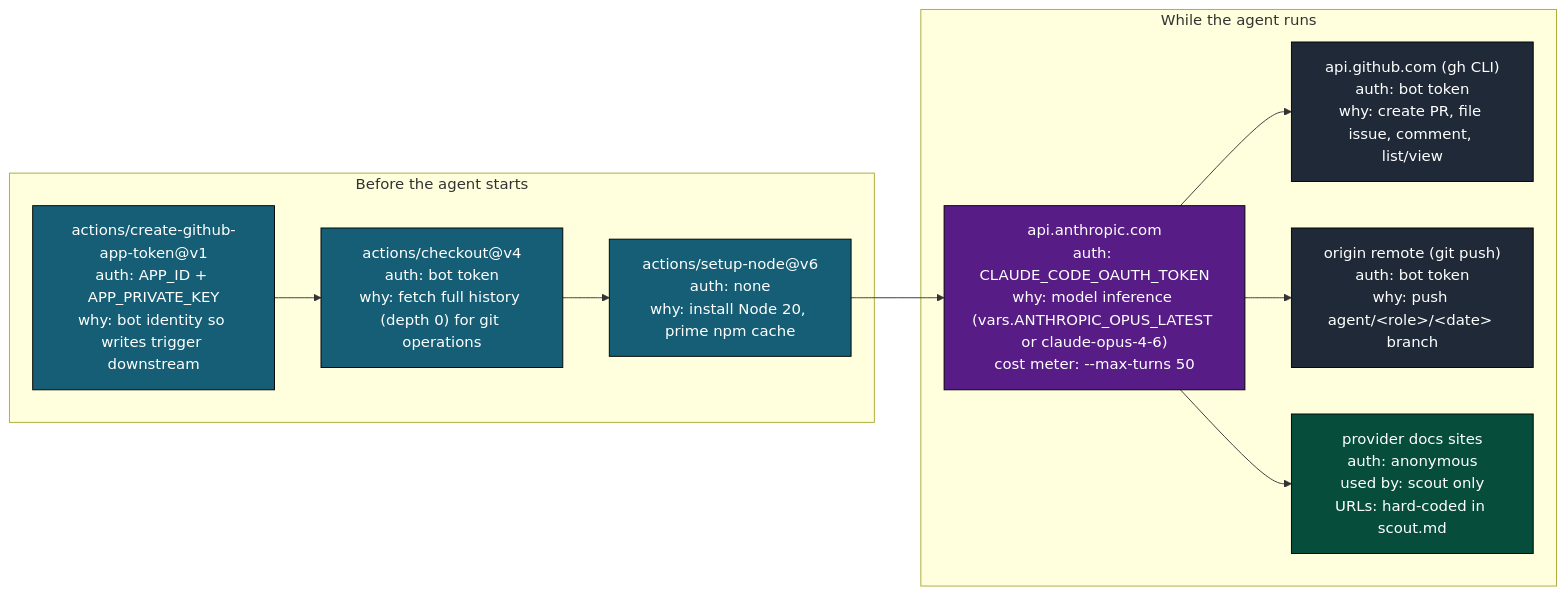
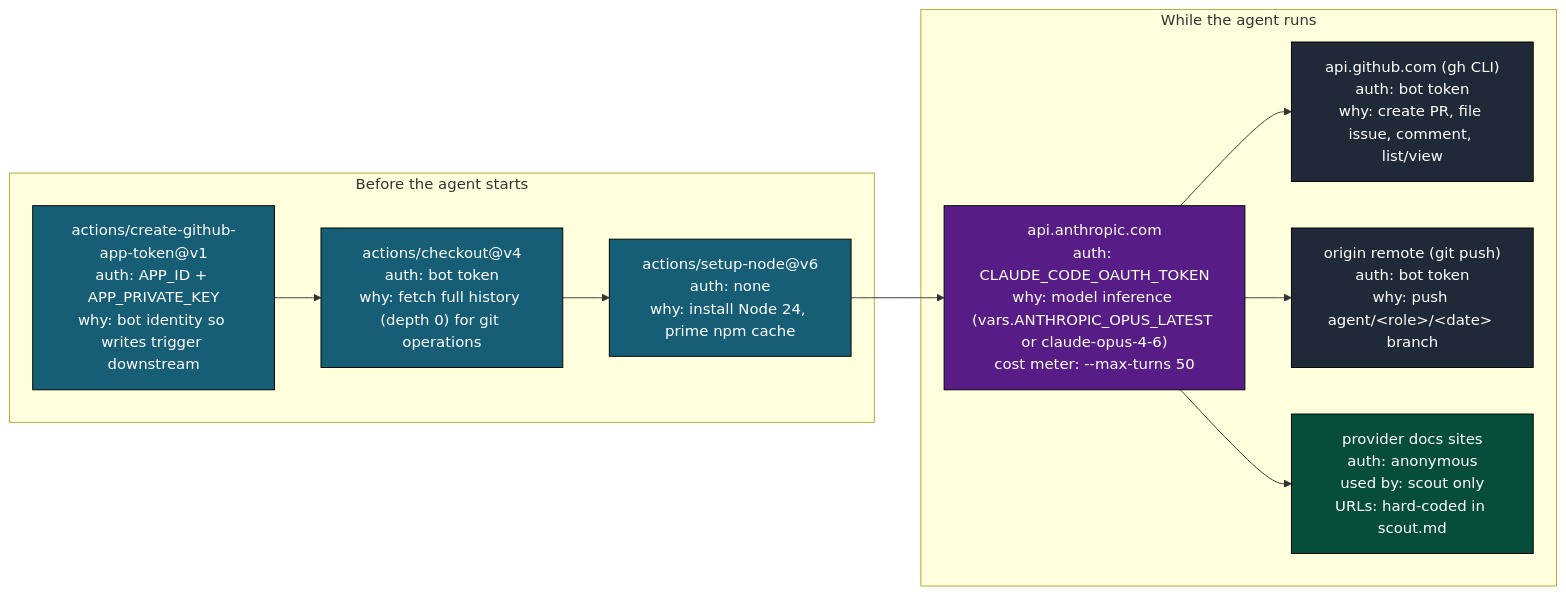
The eighth of 13 diagrams in .github/docs/AGENT_RUN_DEEP_DIVE.md (llm-exe/llm-exe), drawn with Mermaid before and after one commit. The commit also changed other lines of this file and 6 other files, not shown here.

````diff
--- a/.github/docs/AGENT_RUN_DEEP_DIVE.md
+++ b/.github/docs/AGENT_RUN_DEEP_DIVE.md
@@ -383,27 +383,27 @@
 ```mermaid
 flowchart LR
     classDef pre fill:#155e75,color:#fff,stroke:#000
     classDef llm fill:#581c87,color:#fff,stroke:#000
     classDef gh fill:#1f2937,color:#fff,stroke:#000
     classDef web fill:#064e3b,color:#fff,stroke:#000
 
     subgraph Pre["Before the agent starts"]
         c1["actions/create-github-app-token@v1\nauth: APP_ID + APP_PRIVATE_KEY\nwhy: bot identity so writes trigger downstream"]:::pre
         c2["actions/checkout@v4\nauth: bot token\nwhy: fetch full history (depth 0) for git operations"]:::pre
-        c3["actions/setup-node@v6\nauth: none\nwhy: install Node 20, prime npm cache"]:::pre
+        c3["actions/setup-node@v6\nauth: none\nwhy: install Node 24, prime npm cache"]:::pre
     end
 
     subgraph During["While the agent runs"]
         d1["api.anthropic.com\nauth: CLAUDE_CODE_OAUTH_TOKEN\nwhy: model inference (vars.ANTHROPIC_OPUS_LATEST or claude-opus-4-6)\ncost meter: --max-turns 50"]:::llm
         d2["api.github.com (gh CLI)\nauth: bot token\nwhy: create PR, file issue, comment, list/view"]:::gh
         d3["origin remote (git push)\nauth: bot token\nwhy: push agent/&lt;role&gt;/&lt;date&gt; branch"]:::gh
         d4["provider docs sites\nauth: anonymous\nused by: scout only\nURLs: hard-coded in scout.md"]:::web
     end
 
     c1 --> c2
     c2 --> c3
     c3 --> d1
     d1 --> d2
     d1 --> d3
     d1 --> d4
 ```
````
